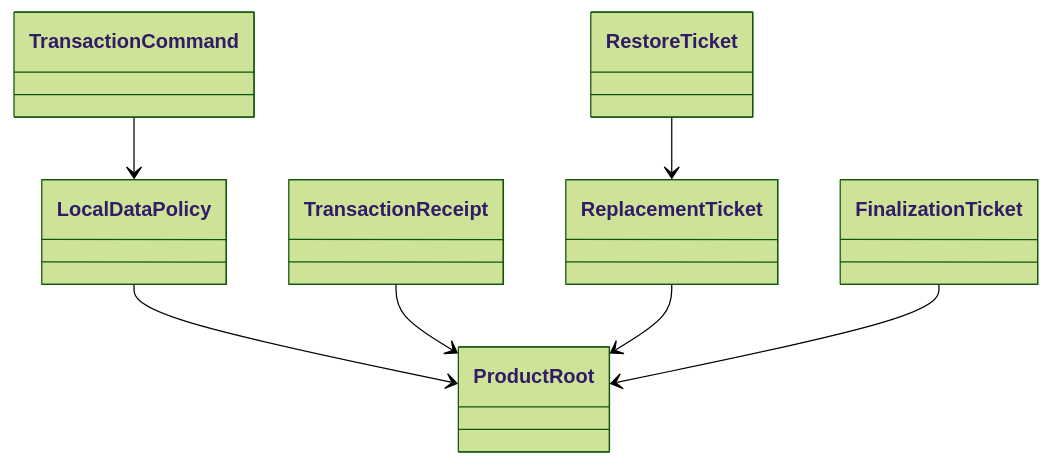
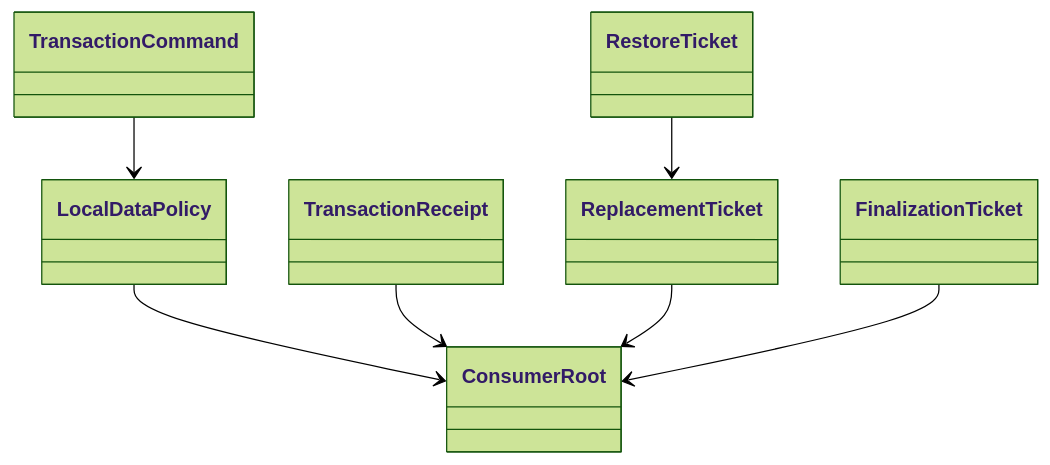
The fourth of 5 diagrams in .kiro/specs/local-data-library-boundaries/design.md (Huruikagi/pc-build-planner), drawn with Mermaid (forest theme) before and after one commit. The commit also changed other lines of this file and 85 other files, not shown here.

````diff
--- a/.kiro/specs/local-data-library-boundaries/design.md
+++ b/.kiro/specs/local-data-library-boundaries/design.md
@@ -428,16 +411,16 @@
 ```mermaid
 classDiagram
-    class ProductRoot
+    class ConsumerRoot
     class LocalDataPolicy
     class TransactionCommand
     class TransactionReceipt
     class ReplacementTicket
     class RestoreTicket
     class FinalizationTicket
-    LocalDataPolicy --> ProductRoot
+    LocalDataPolicy --> ConsumerRoot
     TransactionCommand --> LocalDataPolicy
-    TransactionReceipt --> ProductRoot
-    ReplacementTicket --> ProductRoot
+    TransactionReceipt --> ConsumerRoot
+    ReplacementTicket --> ConsumerRoot
     RestoreTicket --> ReplacementTicket
-    FinalizationTicket --> ProductRoot
+    FinalizationTicket --> ConsumerRoot
 ```
````
